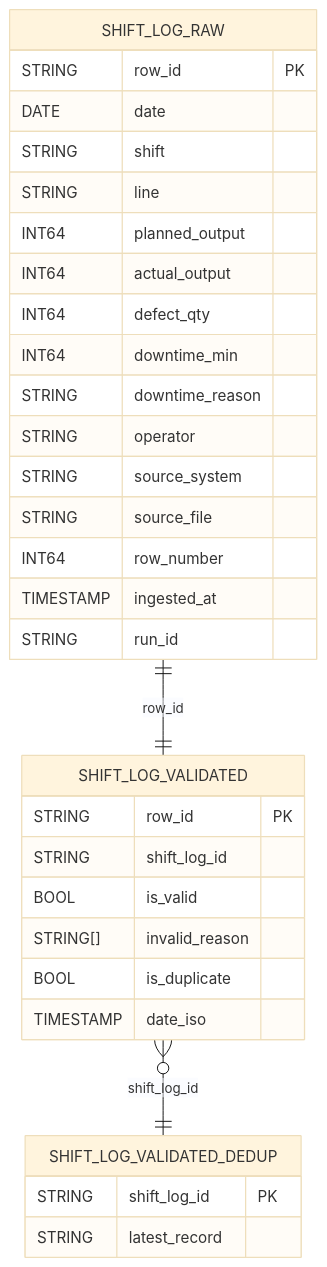
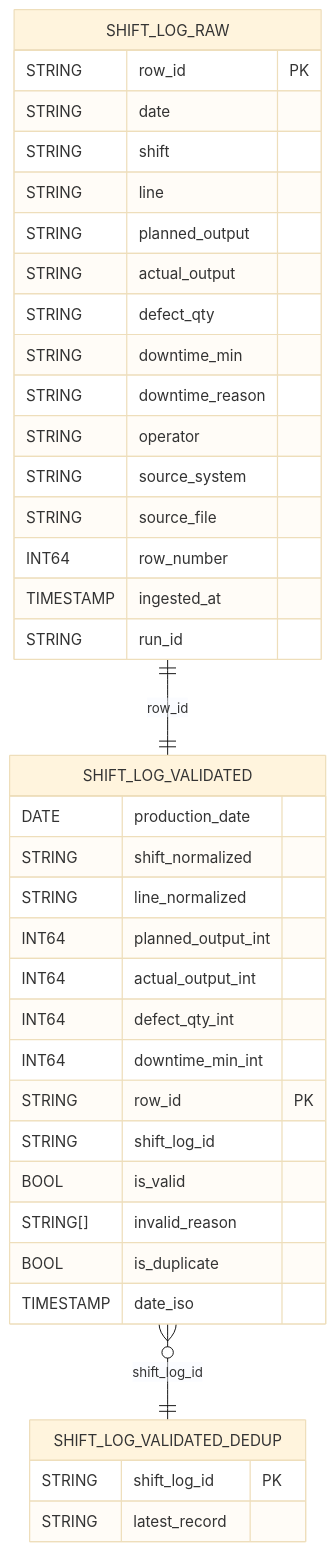
One commit to yshio2117/manufacturing-ops-data-quality-monitoring changed the diagram in docs/er_diagram.md. Above: the diagram before and after it, drawn with Mermaid (base theme). The commit also changed 1 other file, not shown here.

Commit message:
refactor: field names of shift_log_validated

````diff
--- a/docs/er_diagram.md
+++ b/docs/er_diagram.md
@@ -2,39 +2,46 @@
 ```mermaid
 erDiagram
 
     SHIFT_LOG_RAW ||--|| SHIFT_LOG_VALIDATED : "row_id"
 
     SHIFT_LOG_VALIDATED }o--|| SHIFT_LOG_VALIDATED_DEDUP : "shift_log_id"
 
     SHIFT_LOG_RAW {
         STRING row_id PK
-        DATE date
+        STRING date
         STRING shift
         STRING line
-        INT64 planned_output
-        INT64 actual_output
-        INT64 defect_qty
-        INT64 downtime_min
+        STRING planned_output
+        STRING actual_output
+        STRING defect_qty
+        STRING downtime_min
         STRING downtime_reason
         STRING operator
         STRING source_system
         STRING source_file
         INT64 row_number
         TIMESTAMP ingested_at
         STRING run_id
     }
 
     SHIFT_LOG_VALIDATED {
+        DATE production_date
+        STRING shift_normalized
+        STRING line_normalized
+        INT64 planned_output_int
+        INT64 actual_output_int
+        INT64 defect_qty_int
+        INT64 downtime_min_int
         STRING row_id PK
         STRING shift_log_id
         BOOL is_valid
         STRING[] invalid_reason
         BOOL is_duplicate
         TIMESTAMP date_iso
     }
 
     SHIFT_LOG_VALIDATED_DEDUP {
         STRING shift_log_id PK
         STRING latest_record
     }
 ```
````
